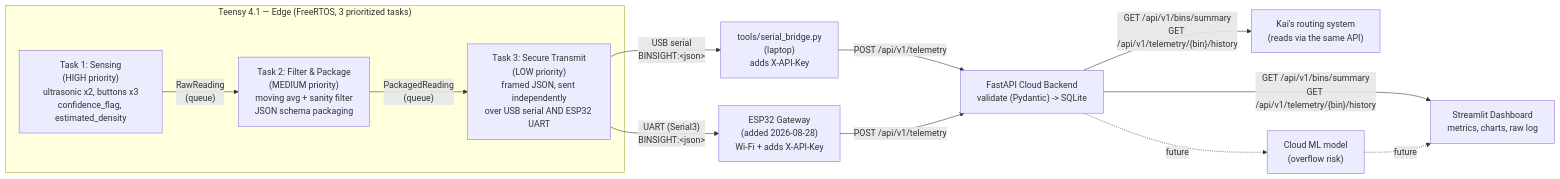
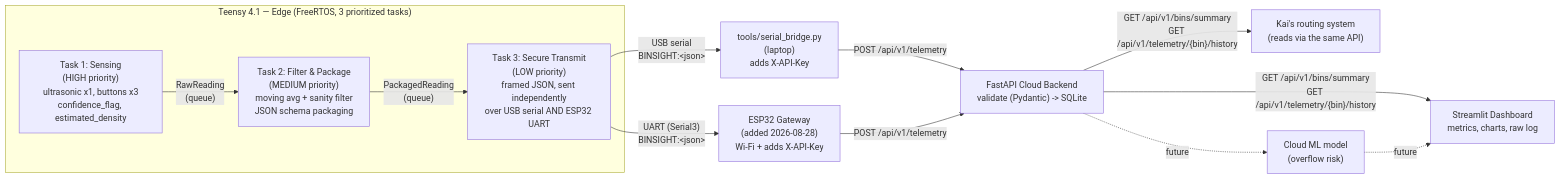
Before and after one commit to Rover-Panto/BinSight: the diagram in hardware_pipeline/README.md, drawn with Mermaid. The commit also changed other lines of this file and 7 other files, not shown here.

````diff
--- a/hardware_pipeline/README.md
+++ b/hardware_pipeline/README.md
@@ -29,19 +31,19 @@
 ```mermaid
 flowchart LR
     subgraph Teensy41["Teensy 4.1 — Edge (FreeRTOS, 3 prioritized tasks)"]
-        T1["Task 1: Sensing\n(HIGH priority)\nultrasonic x2, buttons x3\nconfidence_flag, estimated_density"]
+        T1["Task 1: Sensing\n(HIGH priority)\nultrasonic x1, buttons x3\nconfidence_flag, estimated_density"]
         T2["Task 2: Filter & Package\n(MEDIUM priority)\nmoving avg + sanity filter\nJSON schema packaging"]
         T3["Task 3: Secure Transmit\n(LOW priority)\nframed JSON, sent independently\nover USB serial AND ESP32 UART"]
         T1 -- "RawReading\n(queue)" --> T2
         T2 -- "PackagedReading\n(queue)" --> T3
     end
 
     T3 -- "USB serial\nBINSIGHT:&lt;json&gt;" --> BRIDGE["tools/serial_bridge.py\n(laptop)\nadds X-API-Key"]
     T3 -- "UART (Serial3)\nBINSIGHT:&lt;json&gt;" --> ESP["ESP32 Gateway\n(added 2026-08-28)\nWi-Fi + adds X-API-Key"]
     BRIDGE -- "POST /api/v1/telemetry" --> API["FastAPI Cloud Backend\nvalidate (Pydantic) -> SQLite"]
     ESP -- "POST /api/v1/telemetry" --> API
     API -- "GET /api/v1/bins/summary\nGET /api/v1/telemetry/{bin}/history" --> DASH["Streamlit Dashboard\nmetrics, charts, raw log"]
     API -- "GET /api/v1/bins/summary\nGET /api/v1/telemetry/{bin}/history" --> ROUTE["Kai's routing system\n(reads via the same API)"]
     API -.future.-> ML["Cloud ML model\n(overflow risk)"]
     ML -.future.-> DASH
 ```
````
